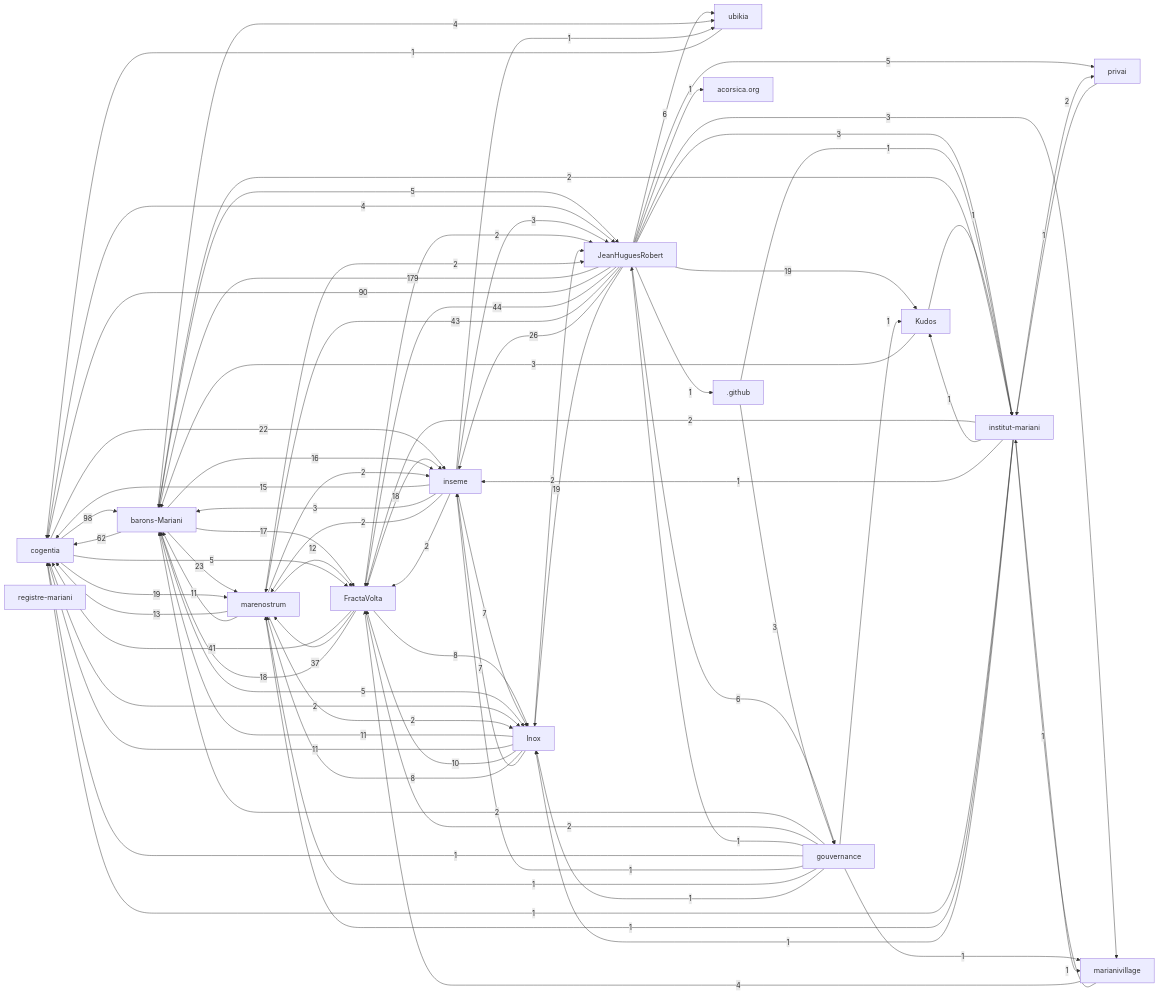
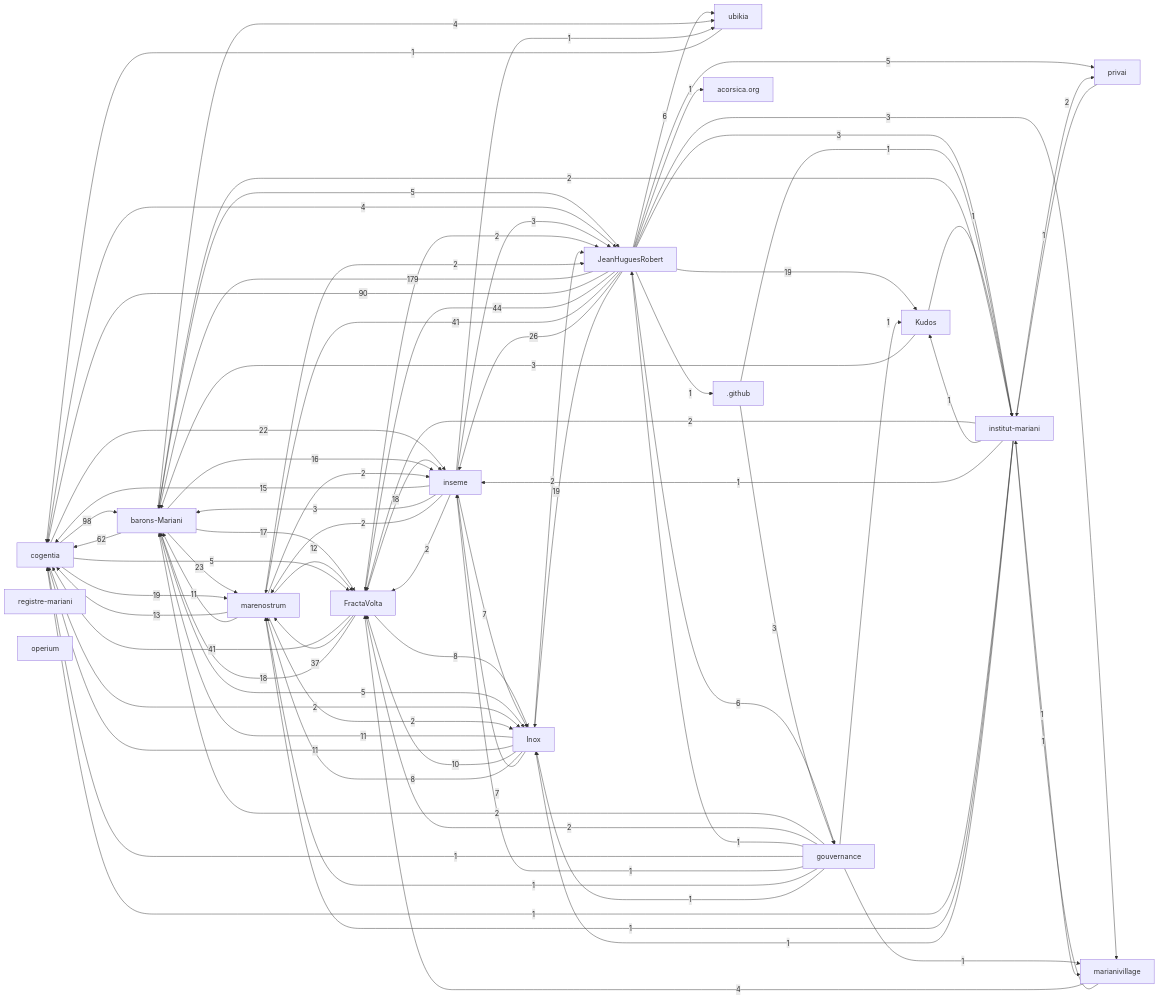
One commit to JeanHuguesRobert/FractaVolta changed the first of 2 diagrams in research/corpus-status.md. Above: the diagram before and after it, drawn with Mermaid. The commit also changed other lines of this file, not shown here.

Commit message:
Refresh corpus status

```diff
--- a/research/corpus-status.md
+++ b/research/corpus-status.md
@@ -59,6 +60,7 @@
   r_inox["Inox"]
   r_registre_mariani["registre-mariani"]
   r_ubikia["ubikia"]
+  r_operium["operium"]
   r_jeanhuguesrobert["JeanHuguesRobert"]
   r_privai["privai"]
   r_gouvernance["gouvernance"]
@@ -72,8 +74,8 @@
   r_jeanhuguesrobert -->|90| r_cogentia
   r_barons_mariani -->|62| r_cogentia
   r_jeanhuguesrobert -->|44| r_fractavolta
-  r_jeanhuguesrobert -->|43| r_marenostrum
   r_fractavolta -->|41| r_cogentia
+  r_jeanhuguesrobert -->|41| r_marenostrum
   r_fractavolta -->|37| r_marenostrum
   r_jeanhuguesrobert -->|26| r_inseme
   r_barons_mariani -->|23| r_marenostrum
```
